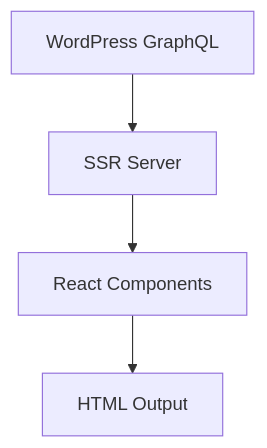
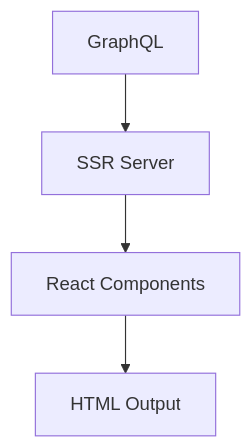
Before and after one commit to buildy-ui/ssr-starter: the diagram in docs/getting-started/introduction.md, drawn with Mermaid. The commit also changed other lines of this file and 15 other files, not shown here.

````diff
--- a/docs/getting-started/introduction.md
+++ b/docs/getting-started/introduction.md
@@ -32,6 +32,6 @@
 ```mermaid
 graph TB
-    A[WordPress GraphQL] --> B[SSR Server]
+    A[GraphQL] --> B[SSR Server]
     B --> C[React Components]
     C --> D[HTML Output]
 ```
````
